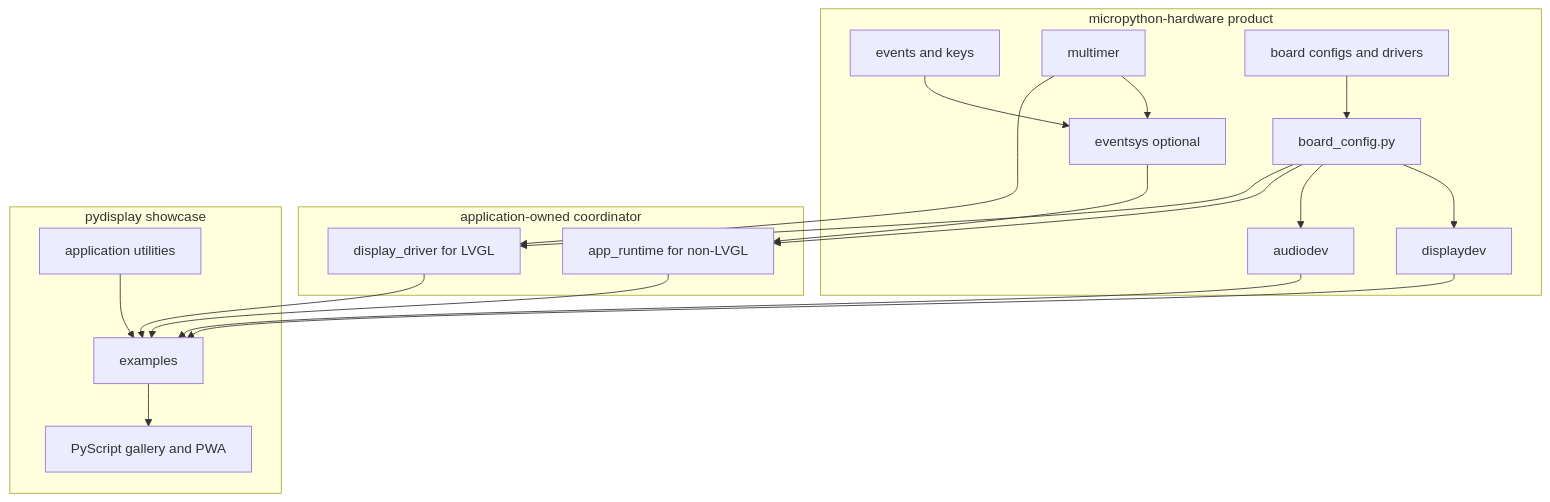
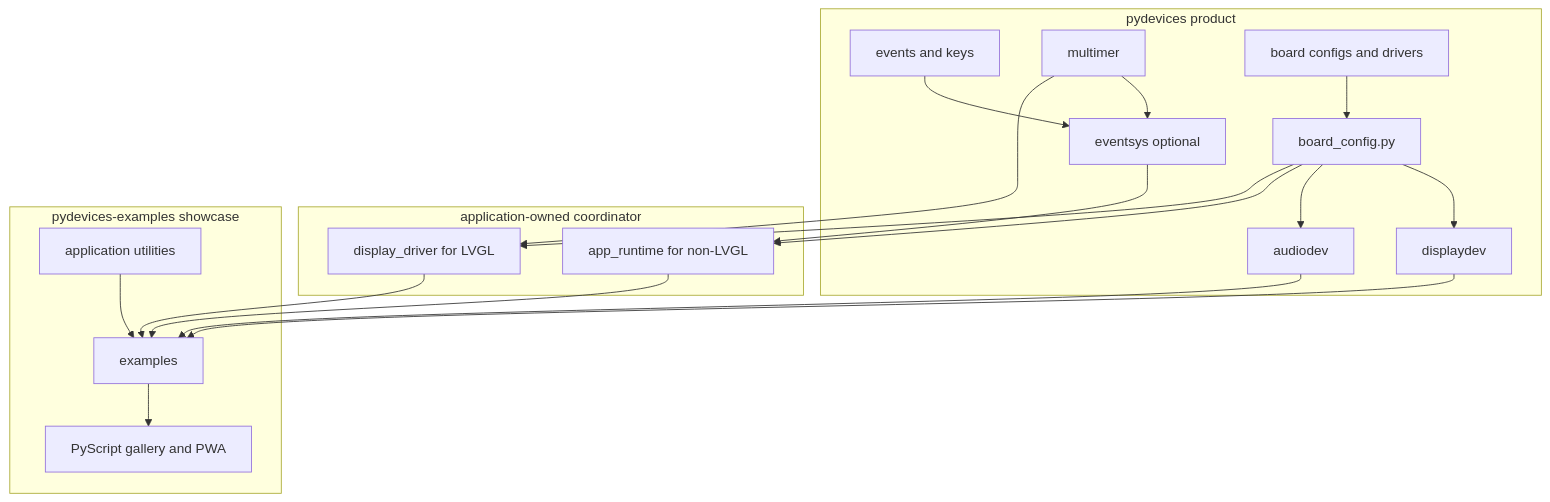
Before and after one commit to PyDevices/pydisplay: the diagram in docs/concepts/architecture.md, drawn with Mermaid. The commit also changed other lines of this file and 161 other files, not shown here.

Commit message:
Rename showcase repository to pydevices-examples

````diff
--- a/docs/concepts/architecture.md
+++ b/docs/concepts/architecture.md
@@ -12,37 +12,37 @@
 ```mermaid
 flowchart TB
-  subgraph product [micropython-hardware product]
+  subgraph product [pydevices product]
     BC[board_config.py]
     DD[displaydev]
     AD[audiodev]
     EV[events and keys]
     MT[multimer]
     ES[eventsys optional]
     DR[board configs and drivers]
   end
   subgraph coordinator [application-owned coordinator]
     AR[app_runtime for non-LVGL]
     LR[display_driver for LVGL]
   end
-  subgraph showcase [pydisplay showcase]
+  subgraph showcase [pydevices-examples showcase]
     EX[examples]
     UT[application utilities]
     PW[PyScript gallery and PWA]
   end
 
   DR --> BC
   BC --> DD
   BC --> AD
   EV --> ES
   MT --> ES
   BC --> AR
   ES --> AR
   BC --> LR
   MT --> LR
   AR --> EX
   LR --> EX
   DD --> EX
   AD --> EX
   EX --> PW
   UT --> EX
 ```
````
